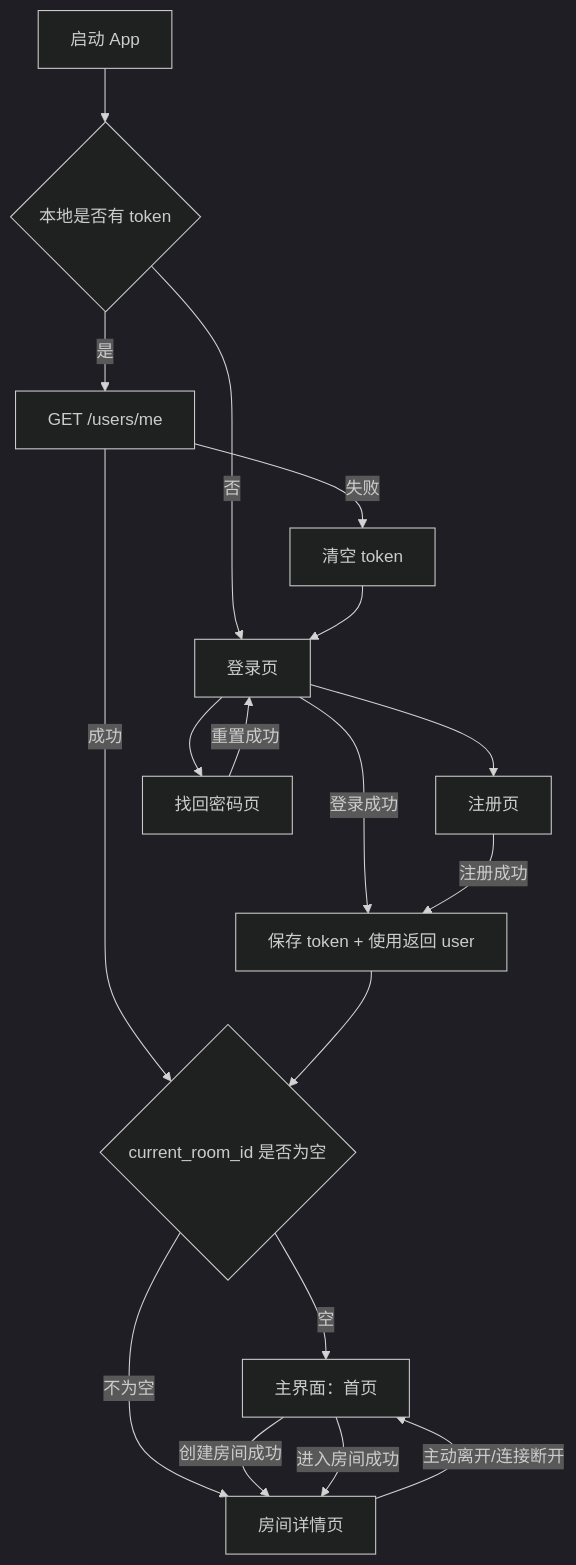
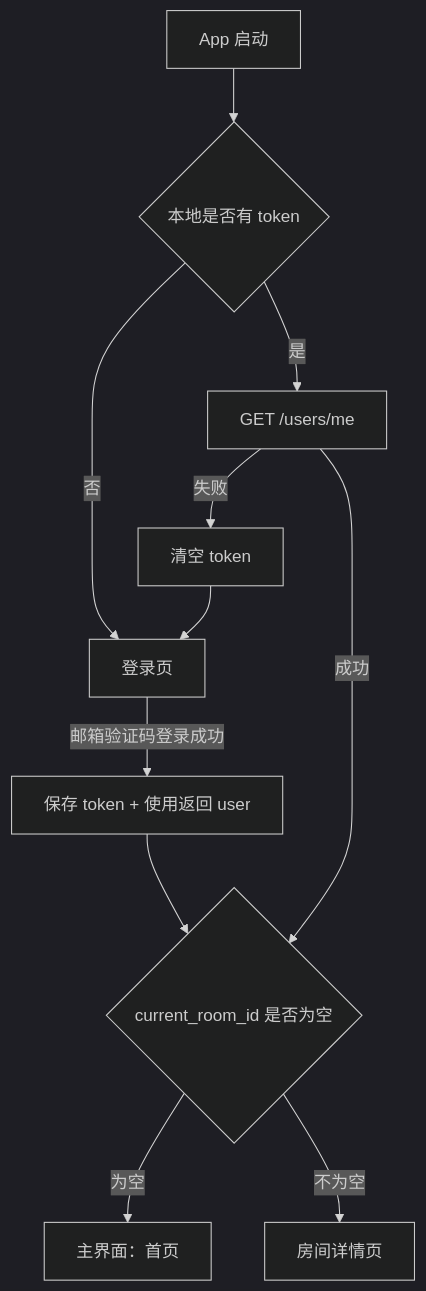
One commit to DancingCodes/room-app changed the first of 8 diagrams in docs/客户端逻辑设计.md. Above: the diagram before and after it, drawn with Mermaid (dark theme). The commit also changed other lines of this file and 9 other files, not shown here.

````diff
--- a/docs/客户端逻辑设计.md
+++ b/docs/客户端逻辑设计.md
@@ -7,22 +5,14 @@
 ```mermaid
 flowchart TD
-    A[启动 App] --> B{本地是否有 token}
+    A[App 启动] --> B{本地是否有 token}
     B -- 否 --> C[登录页]
     B -- 是 --> D[GET /users/me]
     D -- 失败 --> E[清空 token]
     E --> C
     D -- 成功 --> F{current_room_id 是否为空}
-    F -- 空 --> G[主界面：首页]
+    F -- 为空 --> G[主界面：首页]
     F -- 不为空 --> H[房间详情页]
 
-    C --> I[注册页]
-    C --> J[找回密码页]
-    C -- 登录成功 --> K[保存 token + 使用返回 user]
-    I -- 注册成功 --> K
+    C -- 邮箱验证码登录成功 --> K[保存 token + 使用返回 user]
     K --> F
-    J -- 重置成功 --> C
-
-    G -- 创建房间成功 --> H
-    G -- 进入房间成功 --> H
-    H -- 主动离开/连接断开 --> G
 ```
````
